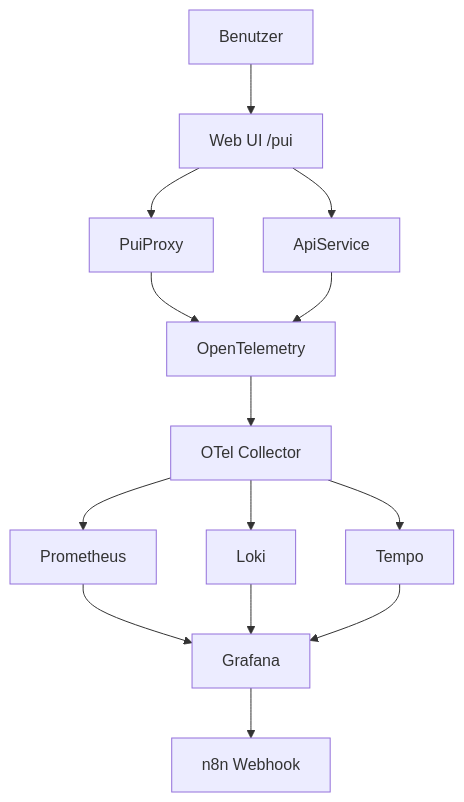
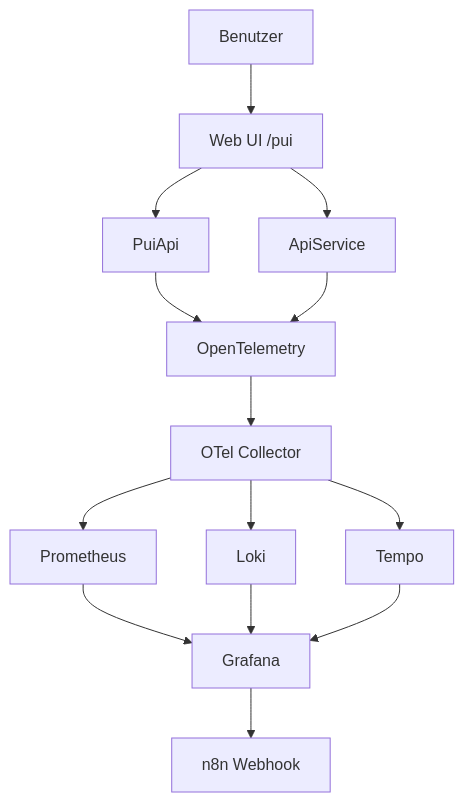
Before and after one commit to wenfe/VSCode_TNEW: the diagram in docs/03_AspireApp_Gesamtuebersicht.md, drawn with Mermaid. The commit also changed other lines of this file and 195 other files, not shown here.

Commit message:
DEV Change Proxy to API

````diff
--- a/docs/03_AspireApp_Gesamtuebersicht.md
+++ b/docs/03_AspireApp_Gesamtuebersicht.md
@@ -95,16 +176,16 @@
 ```mermaid
 flowchart TD
     U[Benutzer] --> W[Web UI /pui]
-    W --> P[PuiProxy]
+    W --> P[PuiApi]
     W --> A[ApiService]
     P --> O[OpenTelemetry]
     A --> O
     O --> C[OTel Collector]
     C --> PR[Prometheus]
     C --> L[Loki]
     C --> T[Tempo]
     PR --> G[Grafana]
     L --> G
     T --> G
     G --> N[n8n Webhook]
 ```
````
